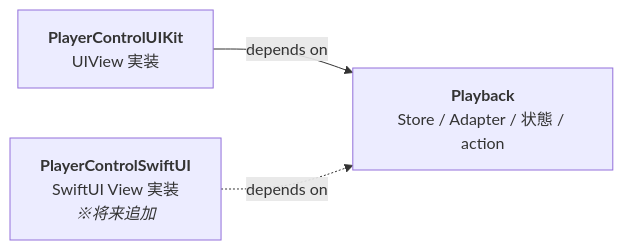
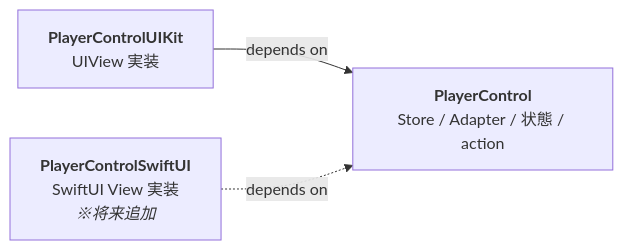
Before and after one commit to FujimoriGit/AVPlayerControlUI: the second of 5 diagrams in DESIGN.md, drawn with Mermaid. The commit also changed other lines of this file and 8 other files, not shown here.

First line of the commit message:
Rename Playback module to PlayerControl

````diff
--- a/DESIGN.md
+++ b/DESIGN.md
@@ -82,9 +82,9 @@
 ```mermaid
 graph LR
-    A["<b>Playback</b><br/>Store / Adapter / 状態 / action"]
+    A["<b>PlayerControl</b><br/>Store / Adapter / 状態 / action"]
     B["<b>PlayerControlUIKit</b><br/>UIView 実装"]
     C["<b>PlayerControlSwiftUI</b><br/>SwiftUI View 実装<br/><i>※将来追加</i>"]
 
     B -->|depends on| A
     C -.->|depends on| A
 ```
````
